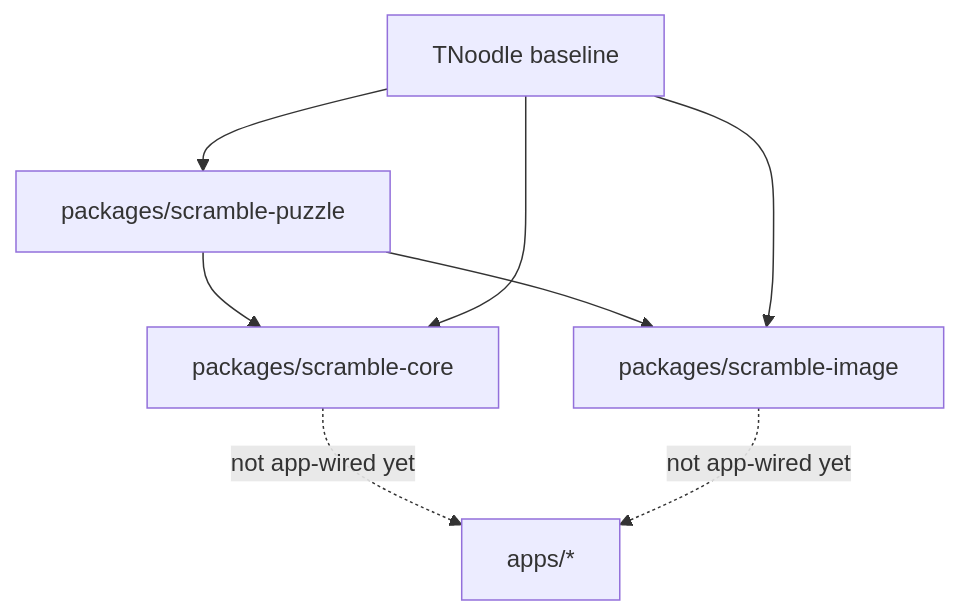
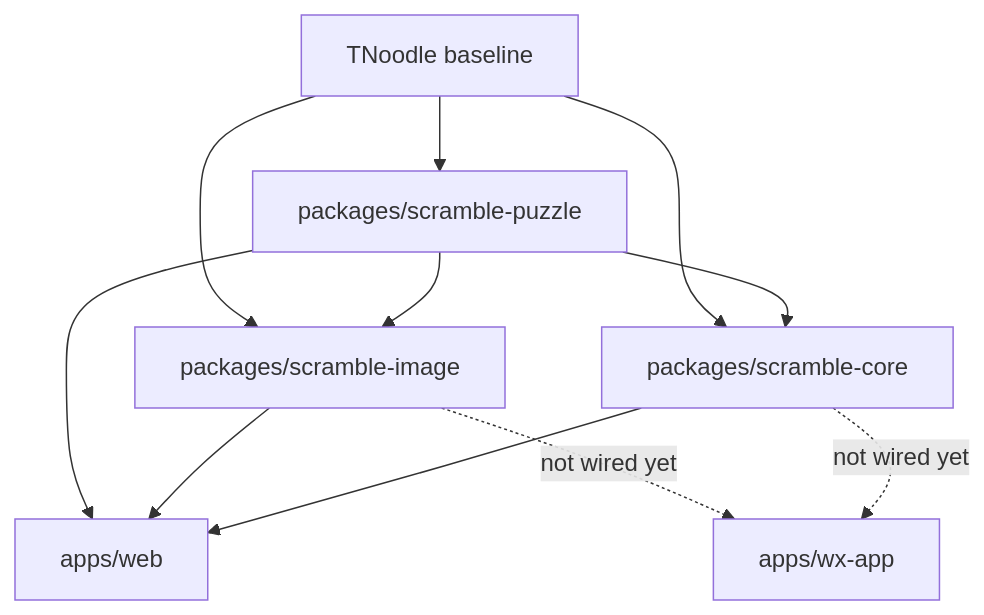
The diagram in docs/tnoodle-implementation-notes.md (deweyou/cube-kit), drawn with Mermaid before and after one commit. The commit also changed other lines of this file and 42 other files, not shown here.

````diff
--- a/docs/tnoodle-implementation-notes.md
+++ b/docs/tnoodle-implementation-notes.md
@@ -3,10 +3,13 @@
 ```mermaid
 flowchart TD
     Puzzle["packages/scramble-puzzle"] --> Core["packages/scramble-core"]
     Puzzle --> Image["packages/scramble-image"]
     Baseline["TNoodle baseline"] --> Puzzle
     Baseline --> Core
     Baseline --> Image
-    Core -. "not app-wired yet" .-> Apps["apps/*"]
-    Image -. "not app-wired yet" .-> Apps
+    Core --> Web["apps/web"]
+    Image --> Web
+    Puzzle --> Web
+    Core -. "not wired yet" .-> Wx["apps/wx-app"]
+    Image -. "not wired yet" .-> Wx
 ```
````
